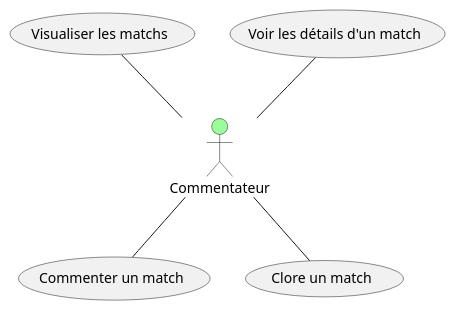
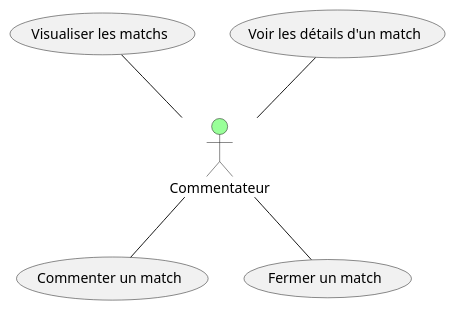
Before and after one commit to kcdln/Smash-Bowl: the third of 4 diagrams in #documents/OLD/Diagramme de cas d_utilisation.OLD.md, drawn with PlantUML. The commit also changed other lines of this file and 1 other file, not shown here.

Commit message:
Add conditions & loops into sequential diagram

```diff
--- a/#documents/OLD/Diagramme de cas d_utilisation.OLD.md
+++ b/#documents/OLD/Diagramme de cas d_utilisation.OLD.md
@@ -43,10 +43,10 @@
 @startuml
 
 actor Commentateur #99ff99
 
 Commentateur -up- (Voir les détails d'un match)
 Commentateur -up- (Visualiser les matchs)
 Commentateur -down- (Commenter un match)
-Commentateur -down- (Clore un match)
+Commentateur -down- (Fermer un match)
 
 @enduml
```
